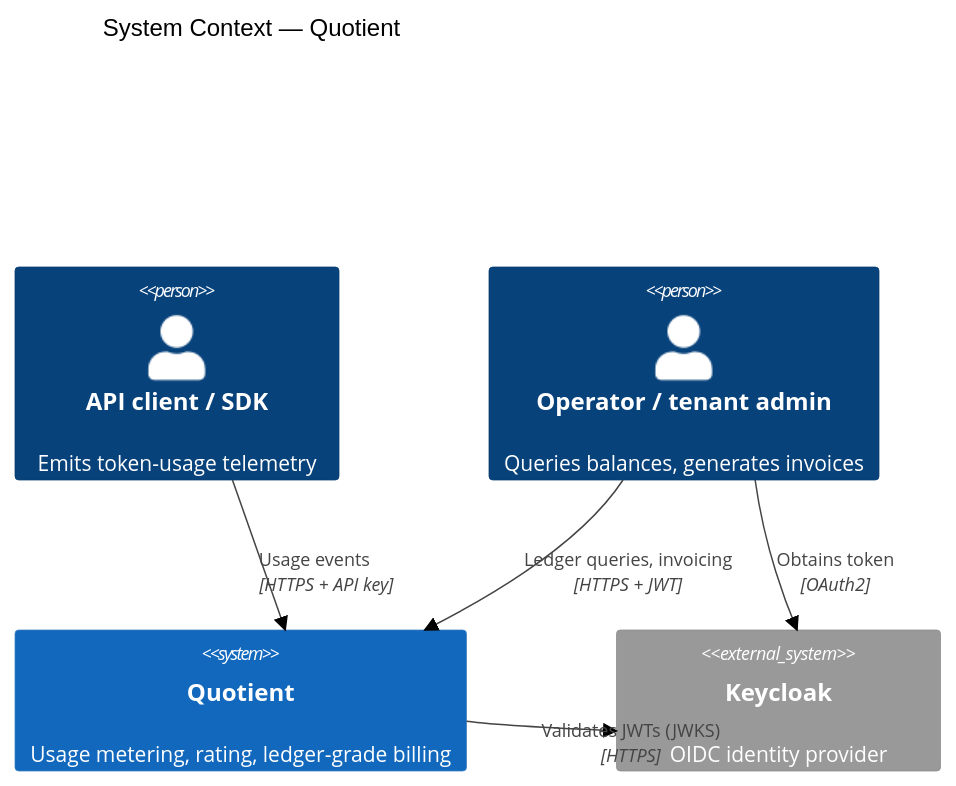
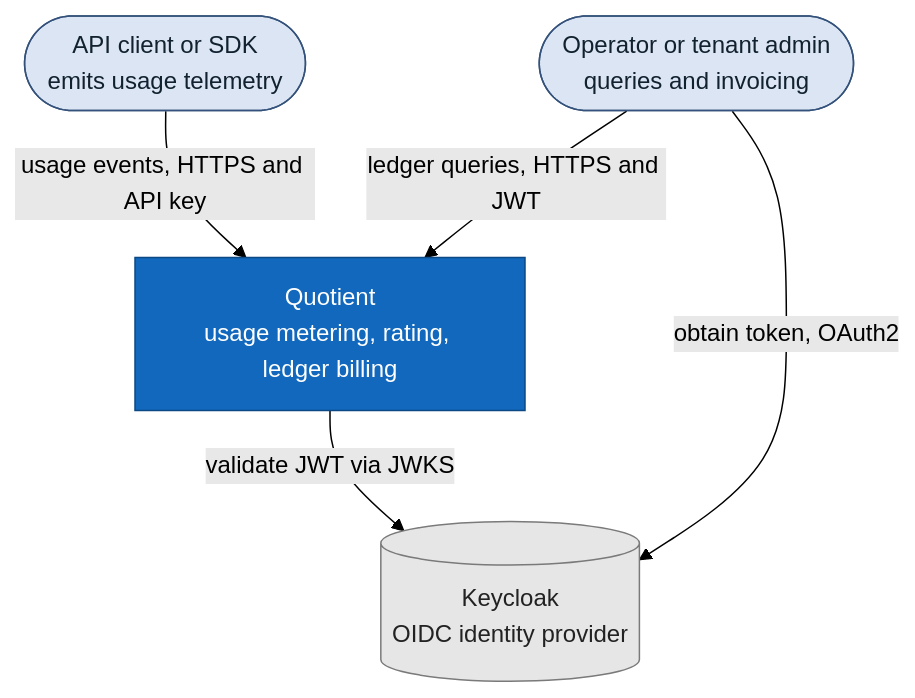
One commit to marciomarinho/quotient changed the first of 6 diagrams in docs/ARCHITECTURE.md. Above: the diagram before and after it, drawn with Mermaid (forest theme). The commit also changed other lines of this file and 3 other files, not shown here.

Commit message:
docs: make diagrams legible (rebuild C4 as flowcharts, collapse wide sequence lifelines)

````diff
--- a/docs/ARCHITECTURE.md
+++ b/docs/ARCHITECTURE.md
@@ -10,12 +10,16 @@
 ```mermaid
-C4Context
-    title System Context — Quotient
-    Person(client, "API client / SDK", "Emits token-usage telemetry")
-    Person(operator, "Operator / tenant admin", "Queries balances, generates invoices")
-    System(quotient, "Quotient", "Usage metering, rating, ledger-grade billing")
-    System_Ext(keycloak, "Keycloak", "OIDC identity provider")
-    Rel(client, quotient, "Usage events", "HTTPS + API key")
-    Rel(operator, quotient, "Ledger queries, invoicing", "HTTPS + JWT")
-    Rel(quotient, keycloak, "Validates JWTs (JWKS)", "HTTPS")
-    Rel(operator, keycloak, "Obtains token", "OAuth2")
+flowchart TB
+    client(["API client or SDK<br/>emits usage telemetry"]):::person
+    operator(["Operator or tenant admin<br/>queries and invoicing"]):::person
+    quotient["Quotient<br/>usage metering, rating, ledger billing"]:::sys
+    keycloak[("Keycloak<br/>OIDC identity provider")]:::ext
+
+    client -->|"usage events, HTTPS and API key"| quotient
+    operator -->|"ledger queries, HTTPS and JWT"| quotient
+    operator -->|"obtain token, OAuth2"| keycloak
+    quotient -->|"validate JWT via JWKS"| keycloak
+
+    classDef person fill:#dbe5f3,stroke:#33517a,color:#12212f;
+    classDef sys fill:#1168bd,stroke:#0b4884,color:#ffffff;
+    classDef ext fill:#e6e6e6,stroke:#7a7a7a,color:#222;
 ```
````
